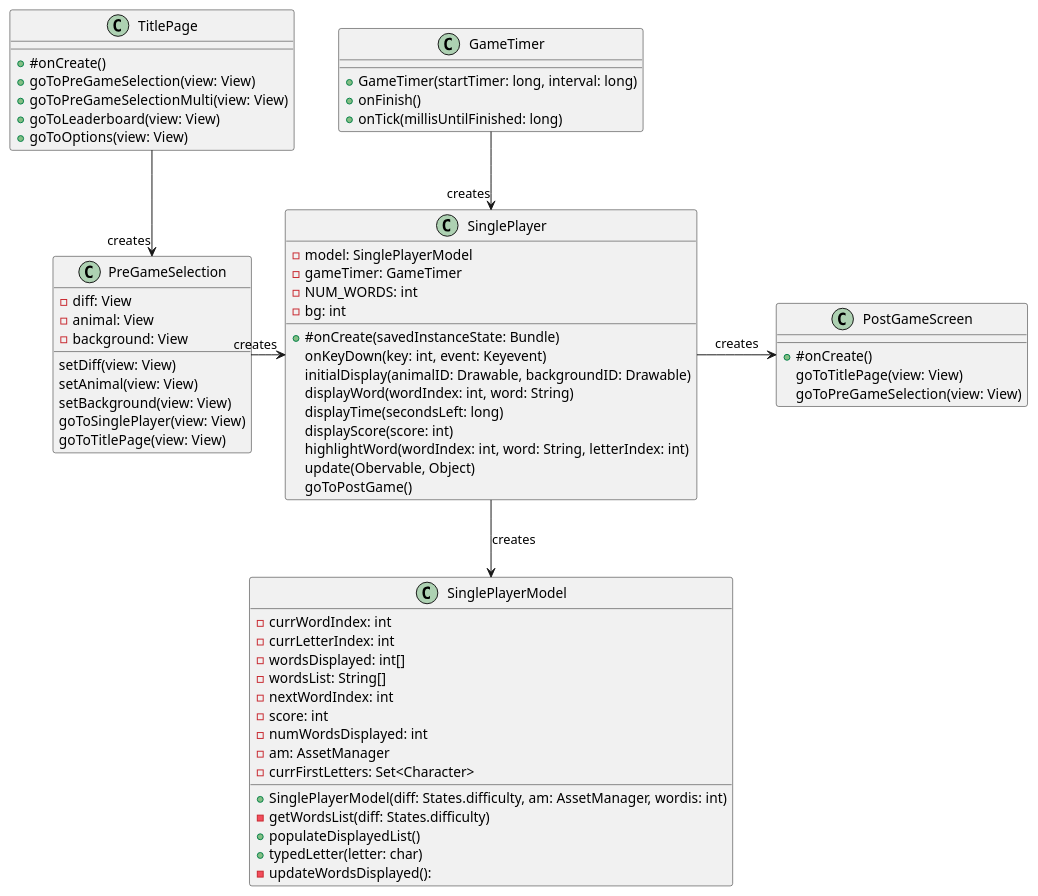
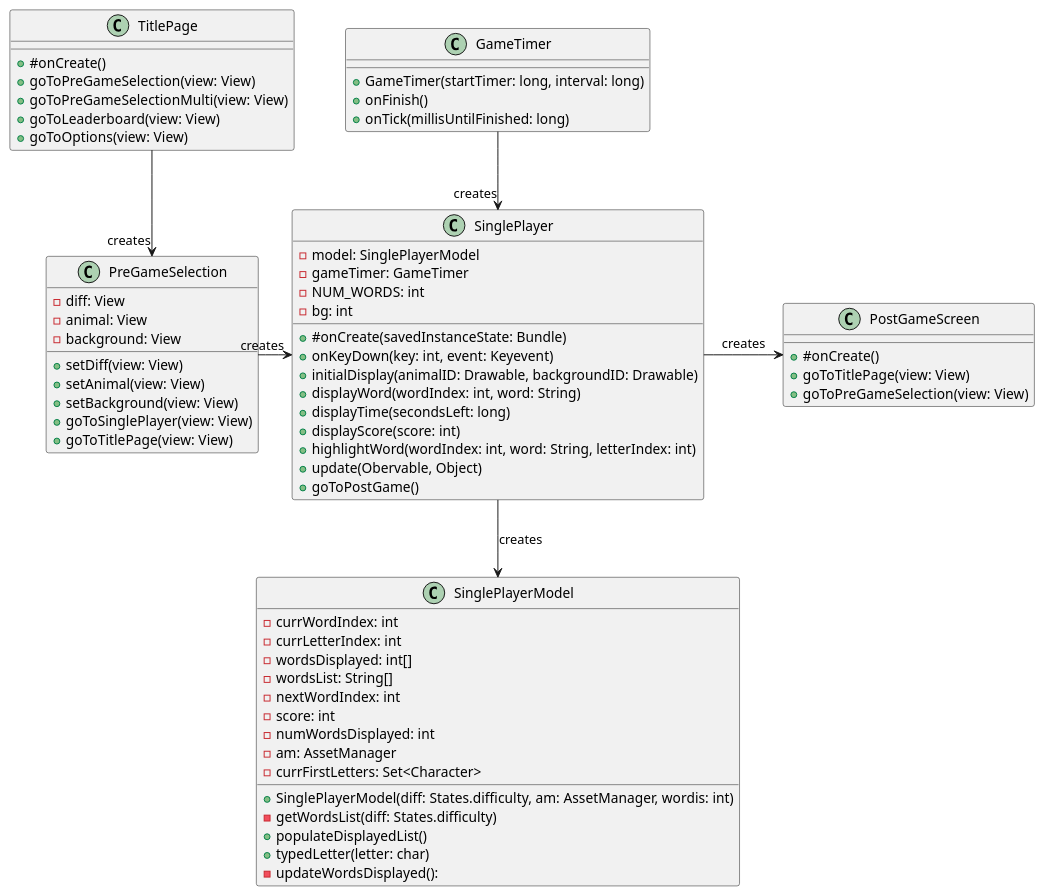
Before and after one commit to sh4r10/thesis-autogen-classdiagrams: the diagram in artefacts/human-diagrams/p1.puml, drawn with PlantUML.

Commit message:
fix visibility of p1

```diff
--- a/artefacts/human-diagrams/p1.puml
+++ b/artefacts/human-diagrams/p1.puml
@@ -1,71 +1,71 @@
 @startuml
 class TitlePage {
     + #onCreate()
     +goToPreGameSelection(view: View)
     +goToPreGameSelectionMulti(view: View)
     +goToLeaderboard(view: View)
     +goToOptions(view: View)
 }
 class GameTimer {
     +GameTimer(startTimer: long, interval: long)
     +onFinish()
     +onTick(millisUntilFinished: long)
 }
 
 class PreGameSelection {
     -diff: View
     -animal: View
     -background: View
-    setDiff(view: View)
-    setAnimal(view: View)
-    setBackground(view: View)
-    goToSinglePlayer(view: View)
-    goToTitlePage(view: View)
+    + setDiff(view: View)
+    + setAnimal(view: View)
+    + setBackground(view: View)
+    + goToSinglePlayer(view: View)
+    + goToTitlePage(view: View)
 }
 
 class SinglePlayer {
     -model: SinglePlayerModel
     -gameTimer: GameTimer
     -NUM_WORDS: int
     -bg: int
     + #onCreate(savedInstanceState: Bundle)
-    onKeyDown(key: int, event: Keyevent)
-    initialDisplay(animalID: Drawable, backgroundID: Drawable)
-    displayWord(wordIndex: int, word: String)
-    displayTime(secondsLeft: long)
-    displayScore(score: int)
-    highlightWord(wordIndex: int, word: String, letterIndex: int)
-    update(Obervable, Object)
-    goToPostGame()
+    + onKeyDown(key: int, event: Keyevent)
+    + initialDisplay(animalID: Drawable, backgroundID: Drawable)
+    + displayWord(wordIndex: int, word: String)
+    + displayTime(secondsLeft: long)
+    + displayScore(score: int)
+    + highlightWord(wordIndex: int, word: String, letterIndex: int)
+    + update(Obervable, Object)
+    + goToPostGame()
 
 }
 
 class PostGameScreen {
     + #onCreate()
-    goToTitlePage(view: View)
-    goToPreGameSelection(view: View)
+    + goToTitlePage(view: View)
+    + goToPreGameSelection(view: View)
 }
 class SinglePlayerModel {
     -currWordIndex: int
     -currLetterIndex: int
     -wordsDisplayed: int[]
     -wordsList: String[]
     -nextWordIndex: int
     -score: int
     -numWordsDisplayed: int
     -am: AssetManager
     -currFirstLetters: Set<Character>
     +SinglePlayerModel(diff: States.difficulty, am: AssetManager, wordis: int)
     -getWordsList(diff: States.difficulty)
     +populateDisplayedList()
     +typedLetter(letter: char)
     -updateWordsDisplayed():
 }
 
 
 TitlePage -down-> "creates" PreGameSelection
 PreGameSelection -right-> "creates" SinglePlayer
 SinglePlayer -down-> SinglePlayerModel : "creates"
 SinglePlayer -right-> PostGameScreen : "creates"
 GameTimer -down-> "creates" SinglePlayer
 @enduml
```
